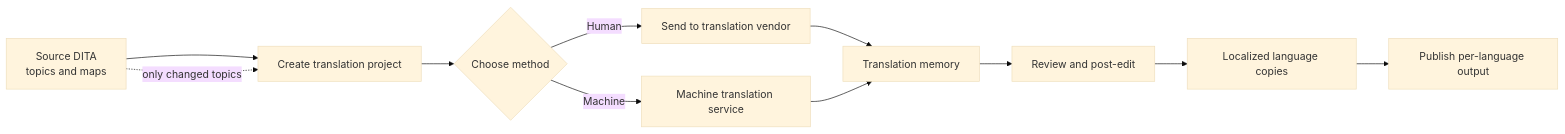
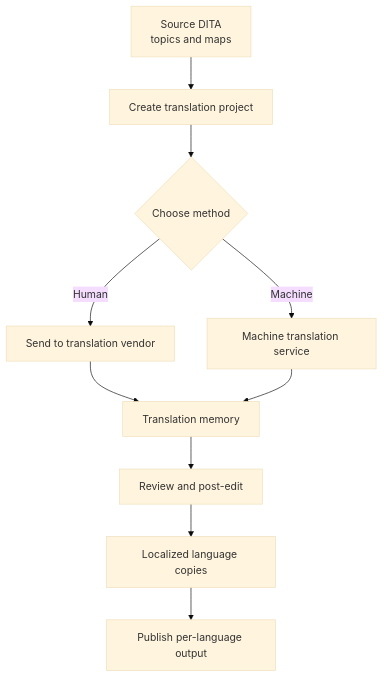
One commit to aswini-lakshminarayanan/portfolio changed the diagram in articles/aem-guides/localization-and-translation-workflows.md. Above: the diagram before and after it, drawn with Mermaid (base theme). The commit also changed 2 other files, not shown here.

Commit message:
Use top-down translation diagram so it fits the reading column

````diff
--- a/articles/aem-guides/localization-and-translation-workflows.md
+++ b/articles/aem-guides/localization-and-translation-workflows.md
@@ -30,13 +30,12 @@
 ```mermaid
-flowchart LR
+flowchart TD
   A[Source DITA<br/>topics and maps] --> B[Create translation project]
   B --> C{Choose method}
   C -->|Human| D[Send to translation vendor]
   C -->|Machine| E[Machine translation service]
   D --> F[Translation memory]
   E --> F
   F --> G[Review and post-edit]
   G --> H[Localized language copies]
   H --> I[Publish per-language output]
-  A -. only changed topics .-> B
 ```
````
